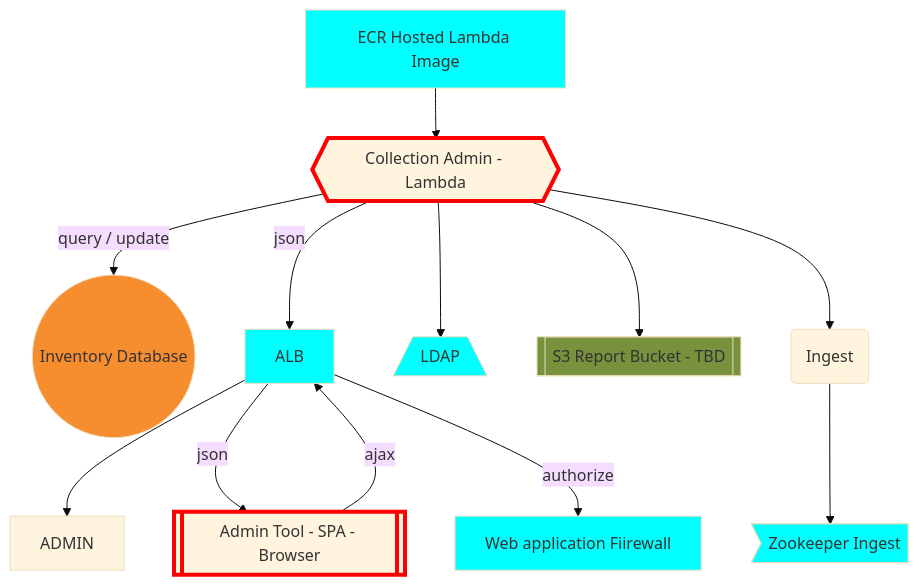
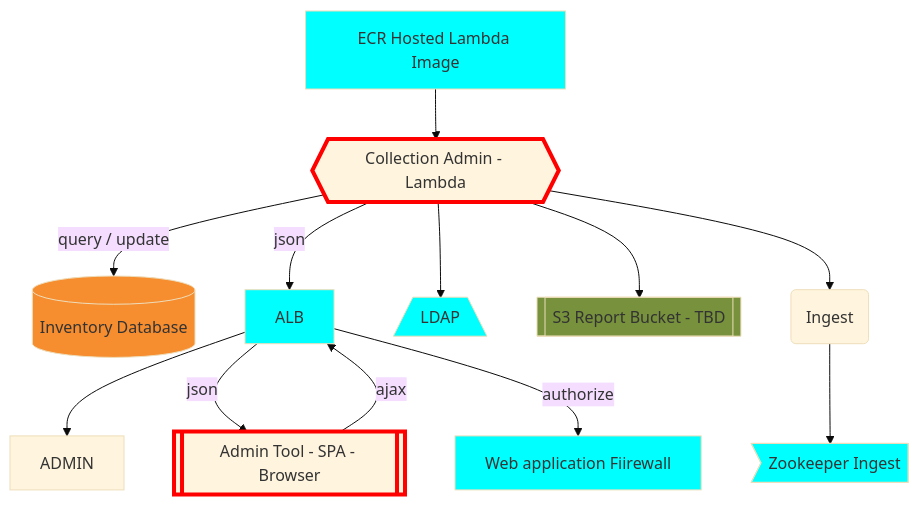
Before and after one commit to CDLUC3/mrt-doc: the diagram in diagrams/colladmin.mmd, drawn with Mermaid. The commit also changed 12 other files, not shown here.

Commit message:
diagram conventions

```diff
--- a/diagrams/colladmin.mmd
+++ b/diagrams/colladmin.mmd
@@ -1,33 +1,33 @@
 %%{init: {'theme': 'base'}}%%
 graph TD
-  RDSINV((Inventory Database))
+  RDSINV[(Inventory Database)]
   COLLADMIN{{Collection Admin - Lambda}}
   ADMINWEB[[Admin Tool - SPA - Browser]]
   WAF[Web application Fiirewall]
   ECR[ECR Hosted Lambda Image]
   ING(Ingest)
   ZOOING>Zookeeper Ingest]
   LDAP[/LDAP\]
   S3RPT[[S3 Report Bucket - TBD]]
 
   COLLADMIN --> |"query / update"| RDSINV
   ALB --> ADMIN
   COLLADMIN --> |json| ALB
   ADMINWEB --> |ajax| ALB
   ALB --> |json| ADMINWEB
   ALB --> |authorize| WAF
   ECR --> COLLADMIN
   COLLADMIN --> ING
   COLLADMIN --> LDAP
   COLLADMIN --> S3RPT
   ING --> ZOOING
 
   style RDSINV fill:#F68D2F
   style COLLADMIN stroke:red,stroke-width:4px
   style ADMINWEB stroke:red,stroke-width:4px
   style ALB fill:cyan
   style WAF fill:cyan
   style ECR fill:cyan
   style ZOOING fill:cyan
   style LDAP fill:cyan
   style S3RPT fill:#77913C
```
